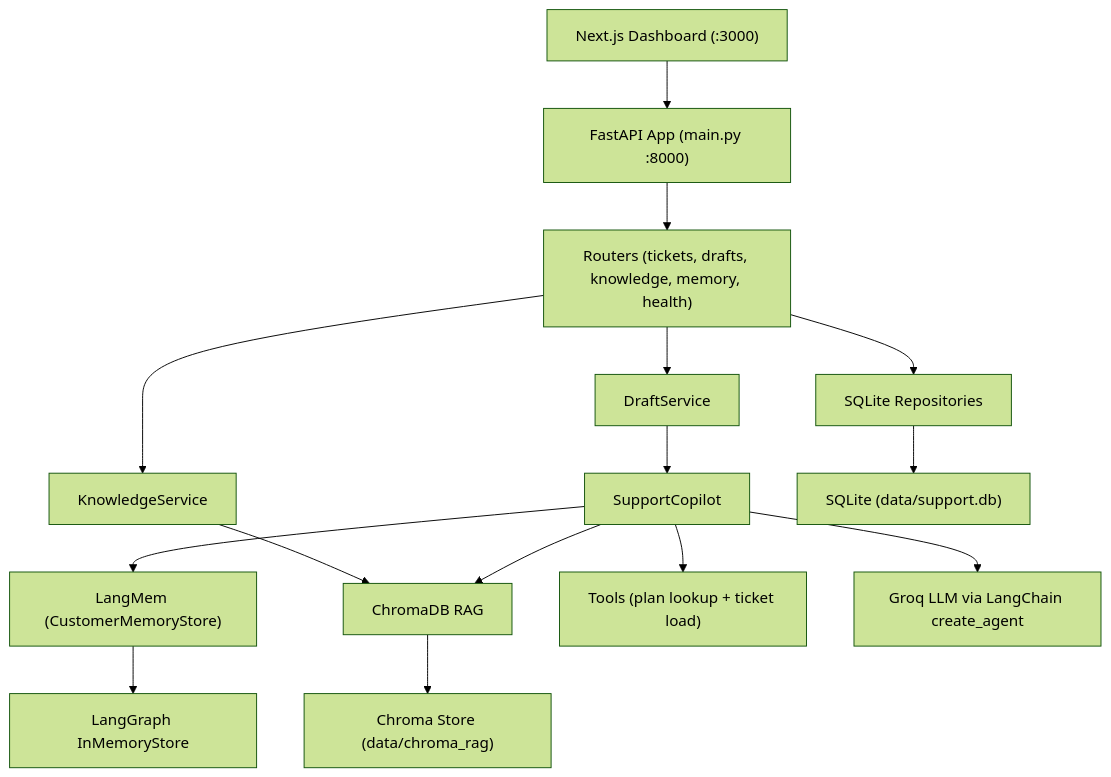
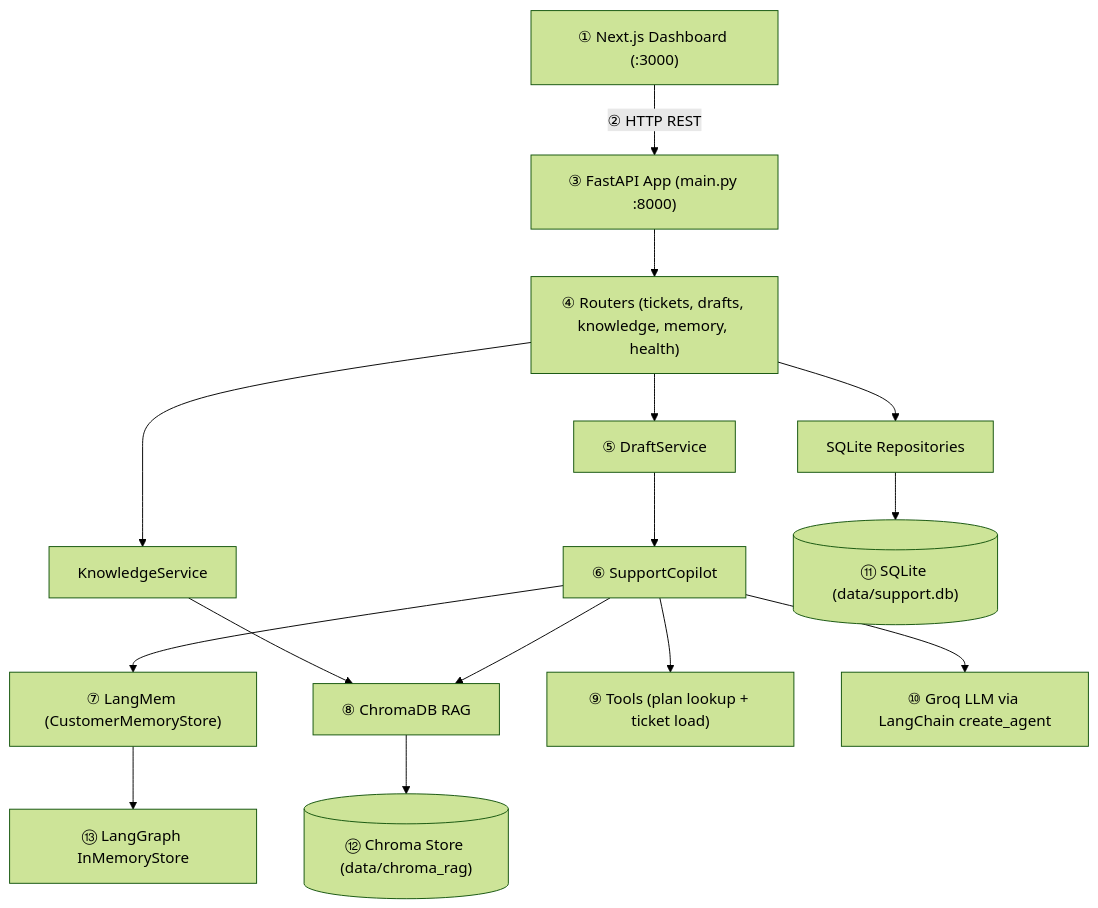
Before and after one commit to MvMukesh/LangMem-Insurance-Claims-Copilot-: the first of 9 diagrams in README.md, drawn with Mermaid (forest theme). The commit also changed other lines of this file, not shown here.

````diff
--- a/README.md
+++ b/README.md
@@ -29,17 +29,17 @@
 ```mermaid
 flowchart TD
-    A["Next.js Dashboard (:3000)"] --> B["FastAPI App (main.py :8000)"]
-    B --> C["Routers (tickets, drafts, knowledge, memory, health)"]
-    C --> D["DraftService"]
+    A["① Next.js Dashboard (:3000)"] -->|② HTTP REST| B["③ FastAPI App (main.py :8000)"]
+    B --> C["④ Routers (tickets, drafts, knowledge, memory, health)"]
+    C --> D["⑤ DraftService"]
     C --> E["KnowledgeService"]
     C --> F["SQLite Repositories"]
-    D --> G["SupportCopilot"]
-    G --> H["LangMem (CustomerMemoryStore)"]
-    G --> I["ChromaDB RAG"]
-    G --> J["Tools (plan lookup + ticket load)"]
-    G --> K["Groq LLM via LangChain create_agent"]
+    D --> G["⑥ SupportCopilot"]
+    G --> H["⑦ LangMem (CustomerMemoryStore)"]
+    G --> I["⑧ ChromaDB RAG"]
+    G --> J["⑨ Tools (plan lookup + ticket load)"]
+    G --> K["⑩ Groq LLM via LangChain create_agent"]
     E --> I
-    F --> L["SQLite (data/support.db)"]
-    I --> M["Chroma Store (data/chroma_rag)"]
-    H --> N["LangGraph InMemoryStore"]
+    F --> L[("⑪ SQLite (data/support.db)")]
+    I --> M[("⑫ Chroma Store (data/chroma_rag)")]
+    H --> N["⑬ LangGraph InMemoryStore"]
 ```
````
